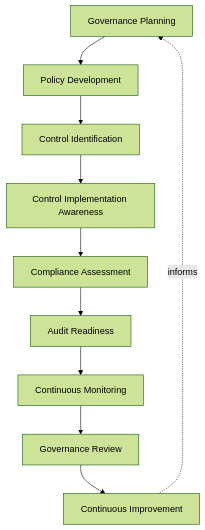
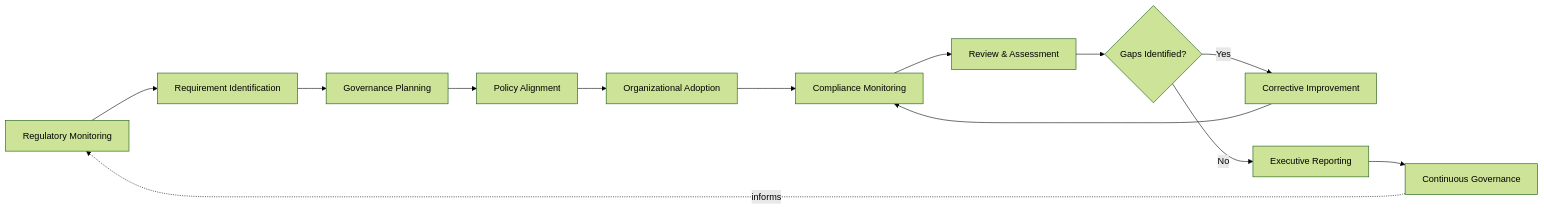
Before and after one commit to MojammelJoy/StackLeo-Tech-Store: the third of 9 diagrams in 06_Security/compliance.md, drawn with Mermaid (forest theme). The commit also changed other lines of this file and 37 other files, not shown here.

````diff
--- a/06_Security/compliance.md
+++ b/06_Security/compliance.md
@@ -82,12 +120,15 @@
 ```mermaid
-flowchart TD
-    Plan[Governance Planning] --> Policy[Policy Development]
-    Policy --> Control[Control Identification]
-    Control --> ControlImpl[Control Implementation Awareness]
-    ControlImpl --> Assess[Compliance Assessment]
-    Assess --> AuditReady[Audit Readiness]
-    AuditReady --> Monitor[Continuous Monitoring]
-    Monitor --> Review[Governance Review]
-    Review --> Improve[Continuous Improvement]
-    Improve -.informs.-> Plan
+flowchart LR
+    A[Regulatory Monitoring] --> B[Requirement Identification]
+    B --> C[Governance Planning]
+    C --> D[Policy Alignment]
+    D --> E[Organizational Adoption]
+    E --> F[Compliance Monitoring]
+    F --> G[Review & Assessment]
+    G --> H{Gaps Identified?}
+    H -->|Yes| I[Corrective Improvement]
+    I --> F
+    H -->|No| J[Executive Reporting]
+    J --> K[Continuous Governance]
+    K -.informs.-> A
 ```
````
